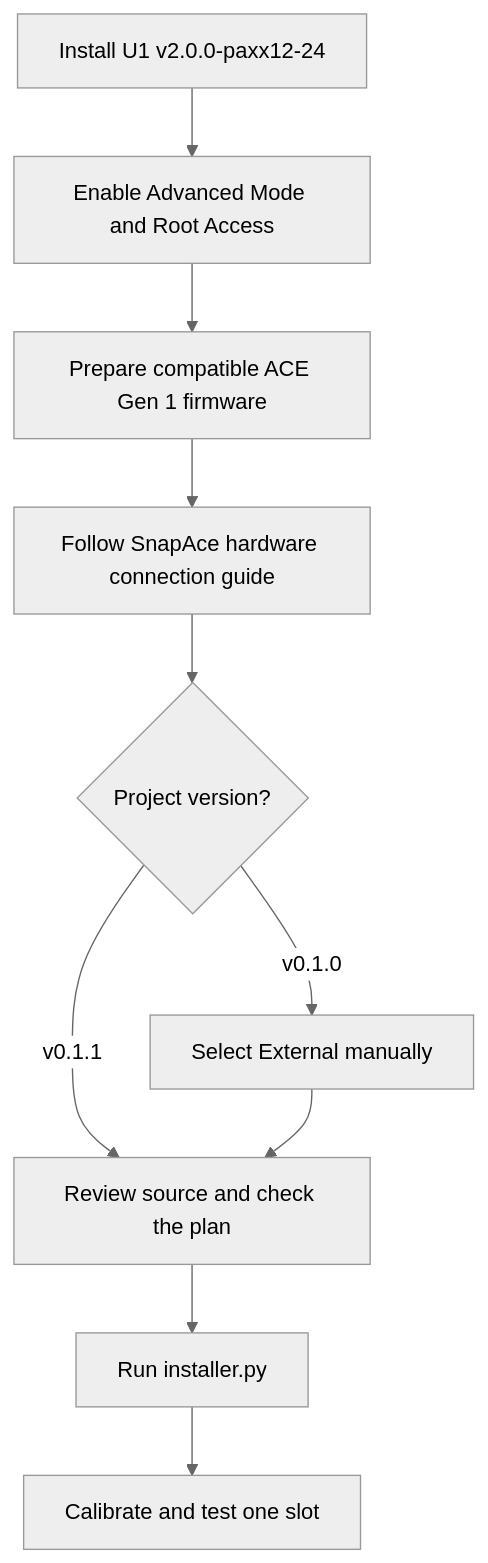
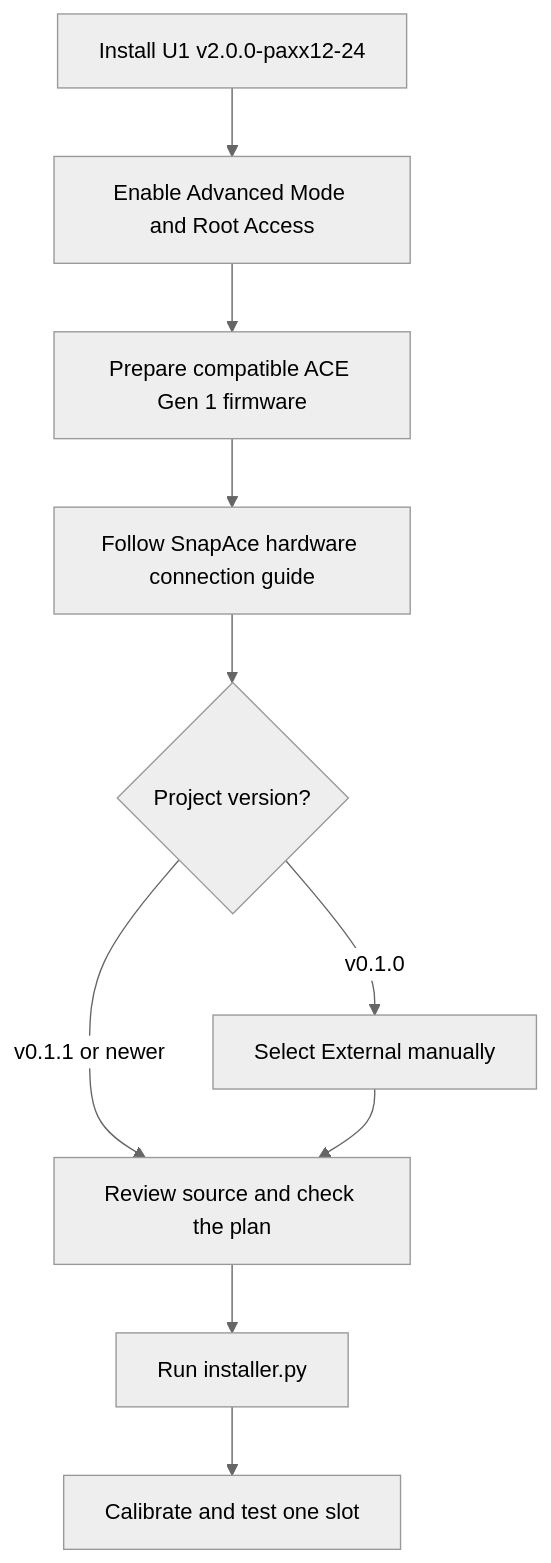
The diagram in docs/installation.md (Alexantry/Ultimate-U1-ACE-link), drawn with Mermaid (neutral theme) before and after one commit. The commit also changed other lines of this file and 35 other files, not shown here.

````diff
--- a/docs/installation.md
+++ b/docs/installation.md
@@ -33,12 +34,12 @@
 ```mermaid
 flowchart TD
     FW[Install U1 v2.0.0-paxx12-24] --> Access[Enable Advanced Mode and Root Access]
     Access --> ACE[Prepare compatible ACE Gen 1 firmware]
     ACE --> Cable[Follow SnapAce hardware connection guide]
     Cable --> Version{Project version?}
     Version -->|v0.1.0| External[Select External manually]
-    Version -->|v0.1.1| Check[Review source and check the plan]
+    Version -->|v0.1.1 or newer| Check[Review source and check the plan]
     External --> Check
     Check --> Install[Run installer.py]
     Install --> Test[Calibrate and test one slot]
 ```
````
